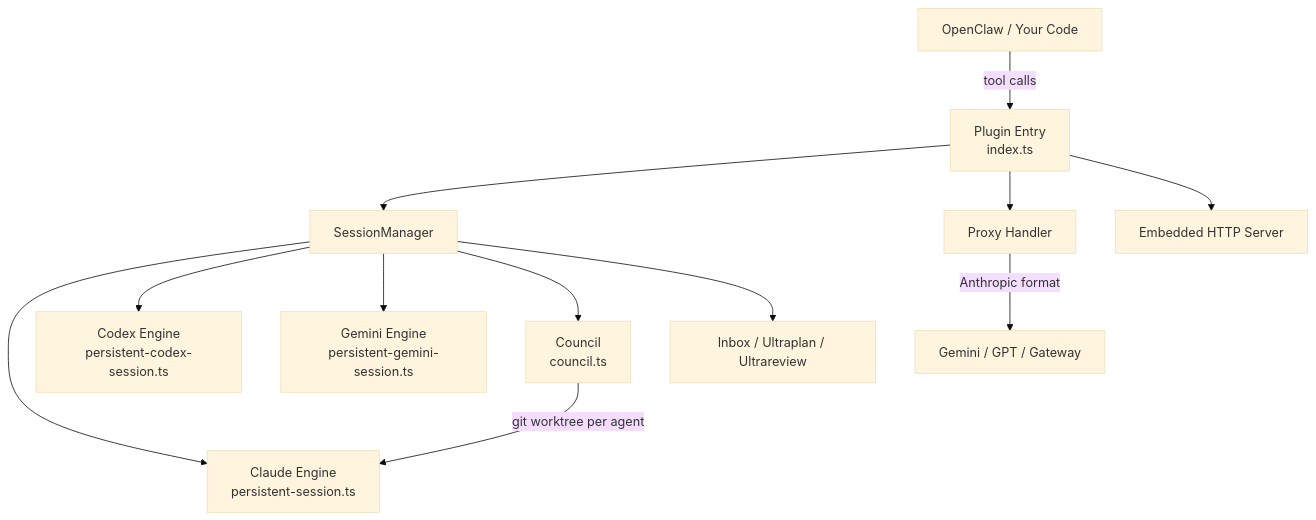
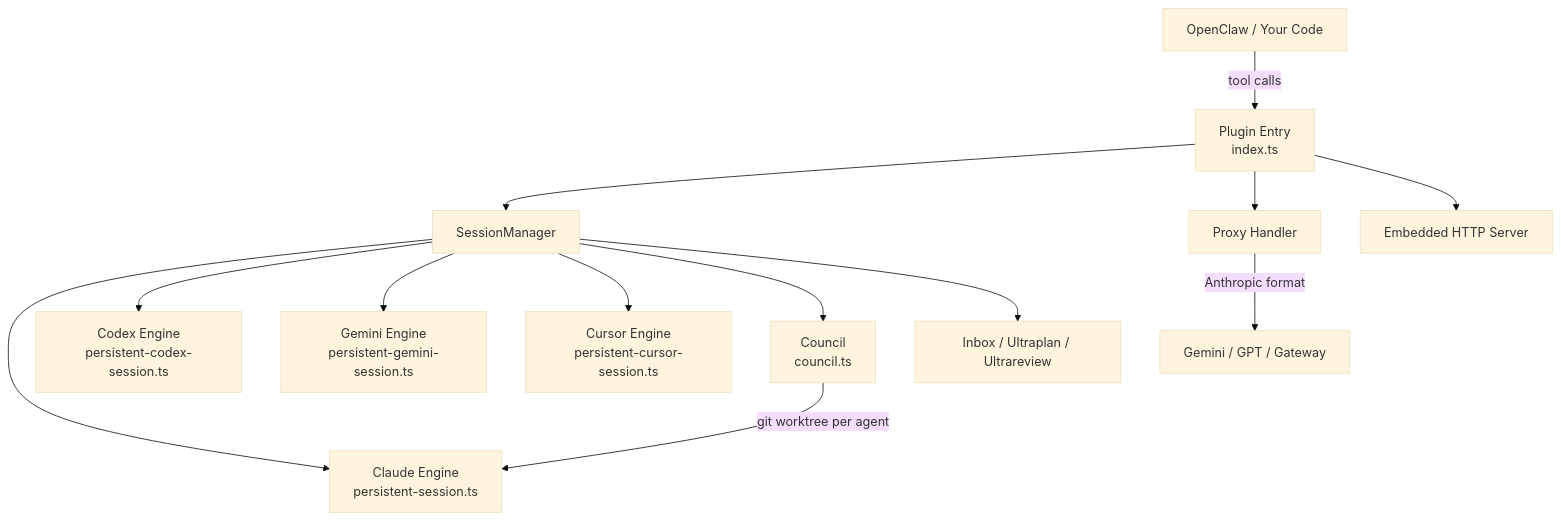
The diagram in README.md (Stars1233/openclaw-claude-code), drawn with Mermaid (base theme) before and after one commit. The commit also changed other lines of this file and 12 other files, not shown here.

First line of the commit message:
feat: add Cursor Agent engine integration (v2.7.0)

````diff
--- a/README.md
+++ b/README.md
@@ -137,14 +140,15 @@
 ```mermaid
 graph TD
     A[OpenClaw / Your Code] -->|tool calls| B[Plugin Entry<br/>index.ts]
     B --> C[SessionManager]
     C --> D[Claude Engine<br/>persistent-session.ts]
     C --> E[Codex Engine<br/>persistent-codex-session.ts]
     C --> K[Gemini Engine<br/>persistent-gemini-session.ts]
+    C --> L[Cursor Engine<br/>persistent-cursor-session.ts]
     C --> F[Council<br/>council.ts]
     C --> G[Inbox / Ultraplan / Ultrareview]
     F -->|git worktree per agent| D
     B --> H[Proxy Handler]
     H -->|Anthropic format| I[Gemini / GPT / Gateway]
     B --> J[Embedded HTTP Server]
 ```
````
